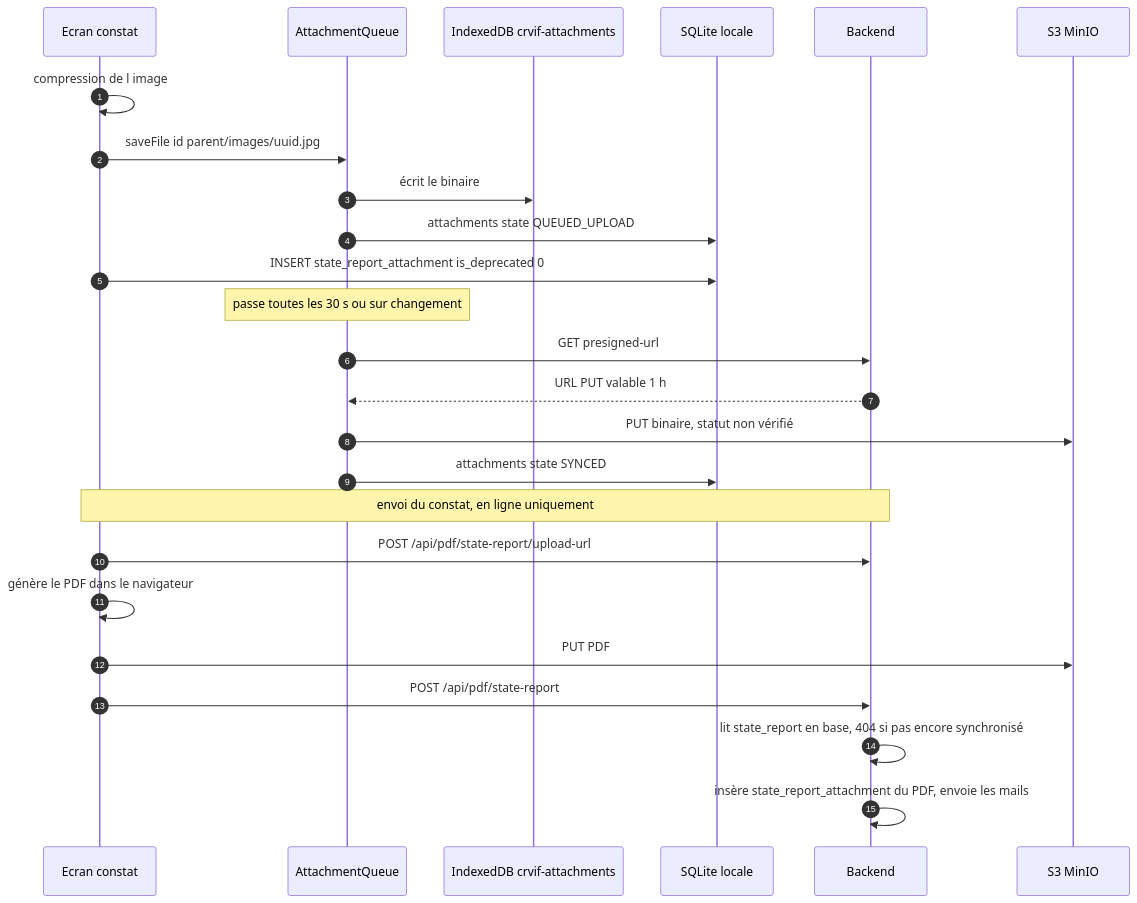
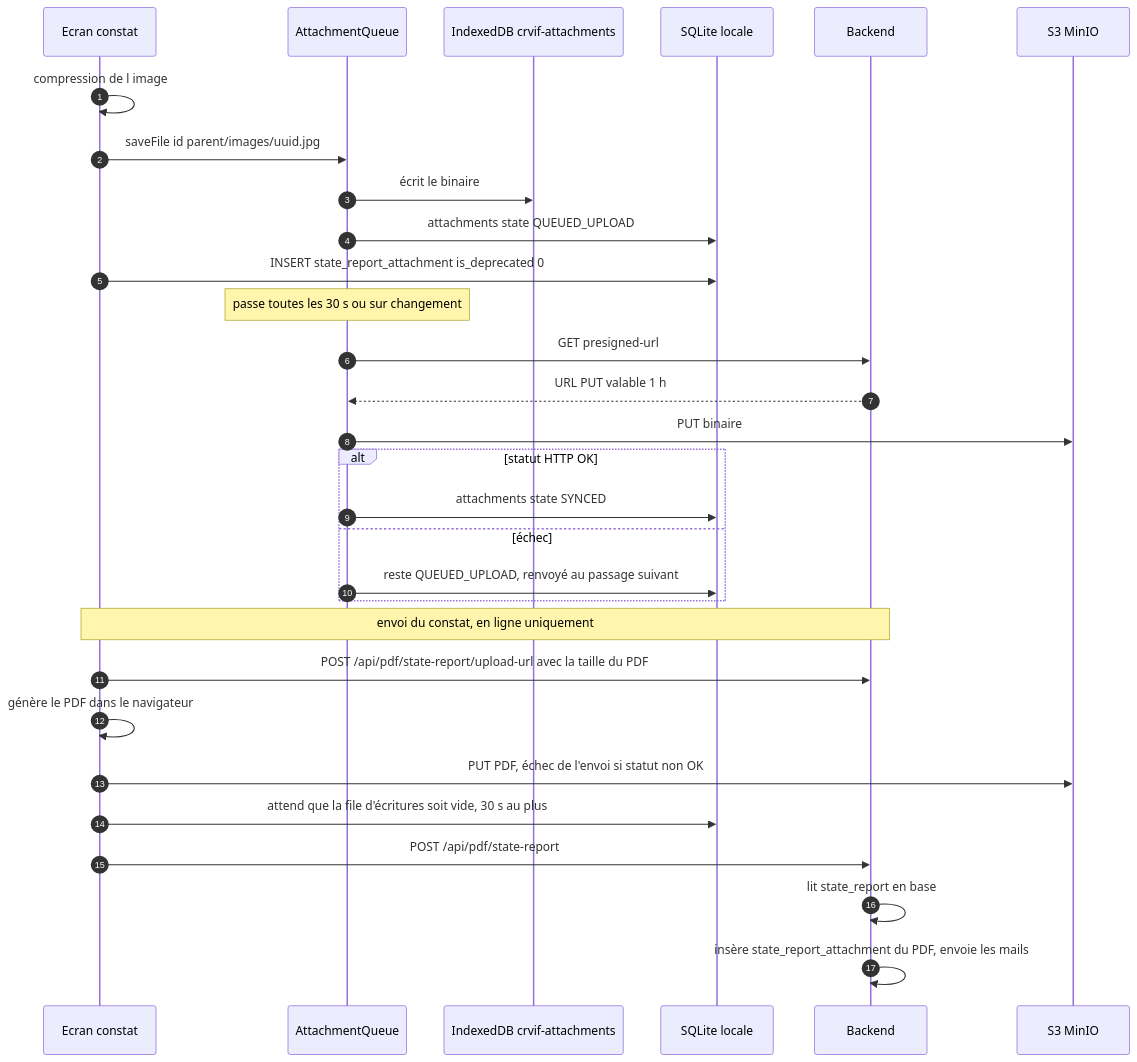
Before and after one commit to betagouv/patrinotes: the fifth of 5 diagrams in docs/08-synchronisation-hors-ligne.md, drawn with Mermaid. The commit also changed other lines of this file and 18 other files, not shown here.

````diff
--- a/docs/08-synchronisation-hors-ligne.md
+++ b/docs/08-synchronisation-hors-ligne.md
@@ -553,28 +571,33 @@
 ```mermaid
 sequenceDiagram
     autonumber
     participant UI as Ecran constat
     participant AQ as AttachmentQueue
     participant IDB as IndexedDB crvif-attachments
     participant DB as SQLite locale
     participant BE as Backend
     participant S3 as S3 MinIO
 
     UI->>UI: compression de l image
     UI->>AQ: saveFile id parent/images/uuid.jpg
     AQ->>IDB: écrit le binaire
     AQ->>DB: attachments state QUEUED_UPLOAD
     UI->>DB: INSERT state_report_attachment is_deprecated 0
     Note over AQ: passe toutes les 30 s ou sur changement
     AQ->>BE: GET presigned-url
     BE-->>AQ: URL PUT valable 1 h
-    AQ->>S3: PUT binaire, statut non vérifié
-    AQ->>DB: attachments state SYNCED
+    AQ->>S3: PUT binaire
+    alt statut HTTP OK
+        AQ->>DB: attachments state SYNCED
+    else échec
+        AQ->>DB: reste QUEUED_UPLOAD, renvoyé au passage suivant
+    end
     Note over UI,BE: envoi du constat, en ligne uniquement
-    UI->>BE: POST /api/pdf/state-report/upload-url
+    UI->>BE: POST /api/pdf/state-report/upload-url avec la taille du PDF
     UI->>UI: génère le PDF dans le navigateur
-    UI->>S3: PUT PDF
+    UI->>S3: PUT PDF, échec de l'envoi si statut non OK
+    UI->>DB: attend que la file d'écritures soit vide, 30 s au plus
     UI->>BE: POST /api/pdf/state-report
-    BE->>BE: lit state_report en base, 404 si pas encore synchronisé
+    BE->>BE: lit state_report en base
     BE->>BE: insère state_report_attachment du PDF, envoie les mails
 ```
````
